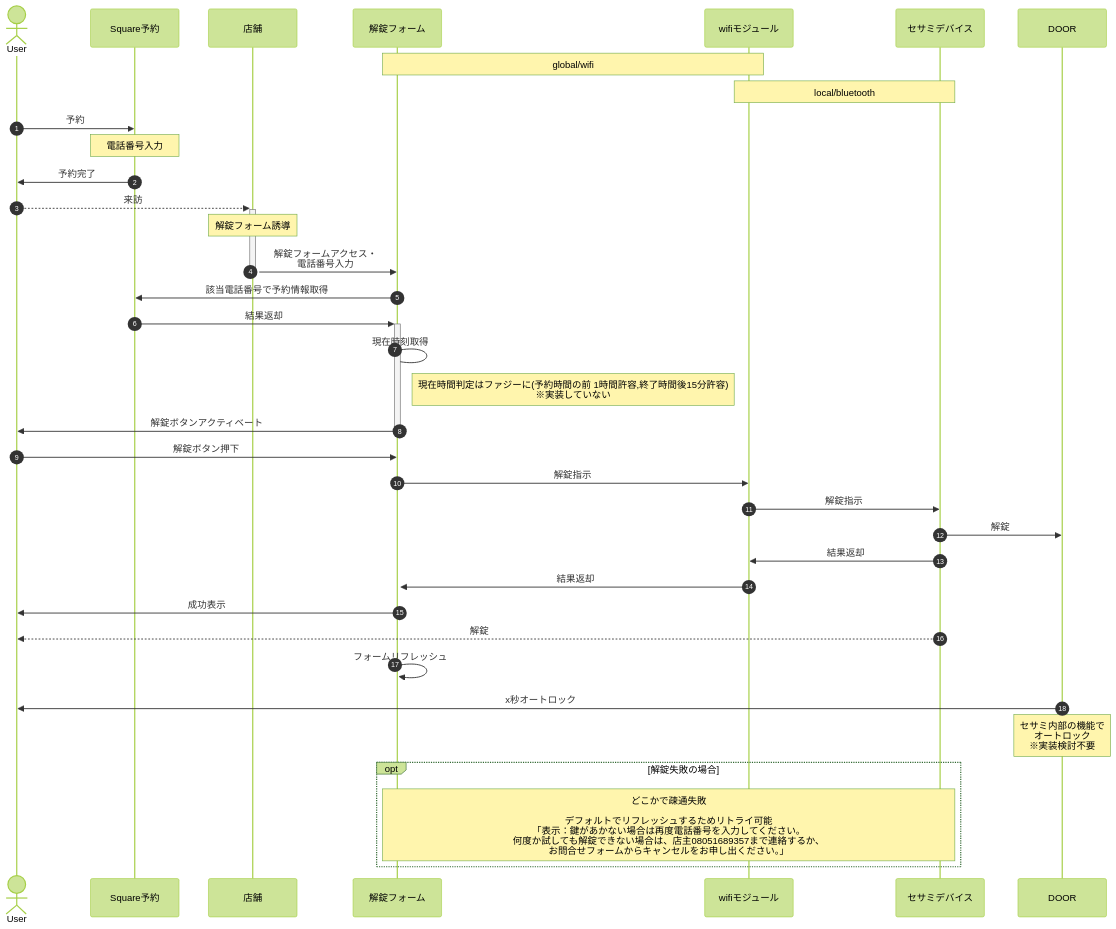
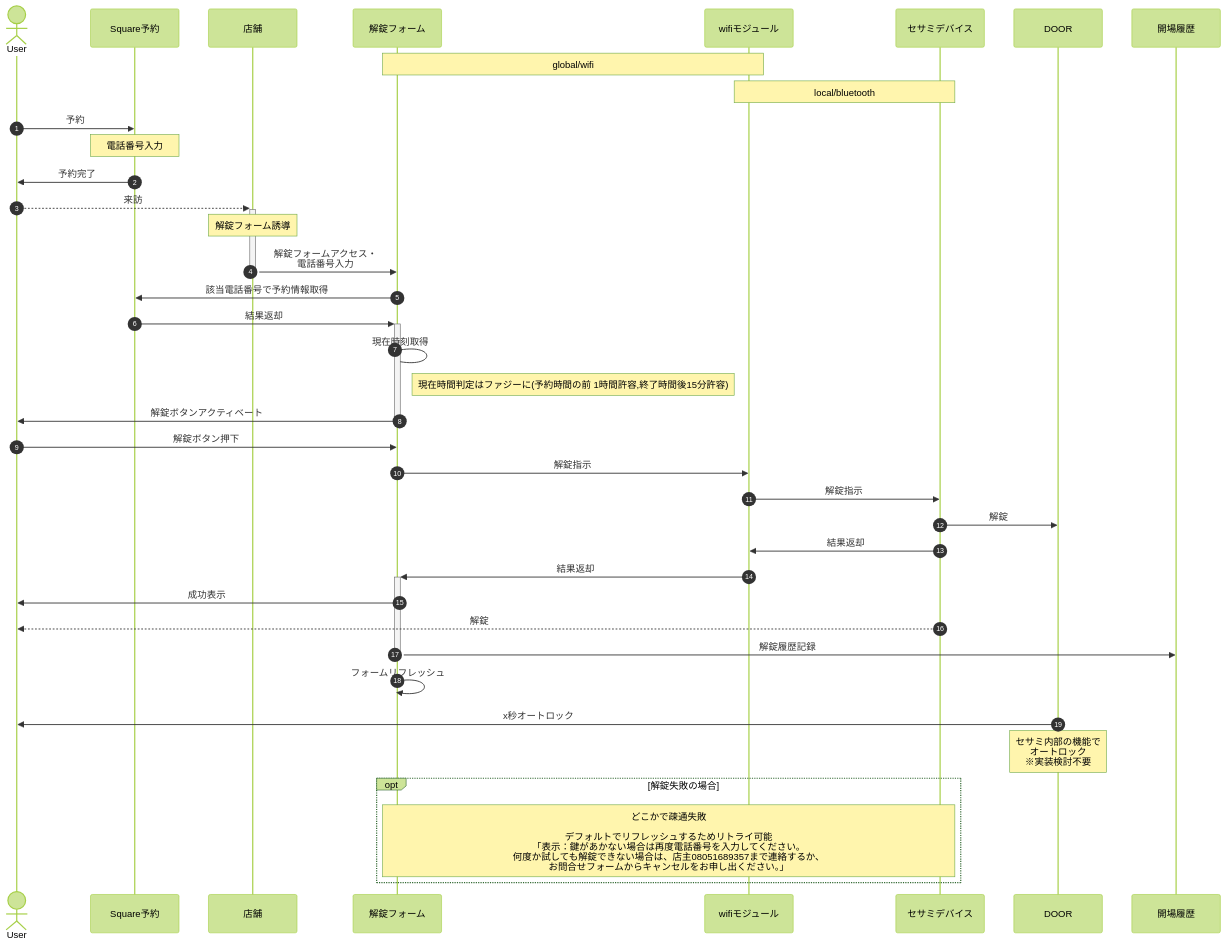
The second of 2 diagrams in README.md (shoshishosaiyusuke/denforsomeone_public), drawn with Mermaid (forest theme) before and after one commit. The commit also changed other lines of this file, not shown here.

Commit message:
修正版

````diff
--- a/README.md
+++ b/README.md
@@ -221,57 +221,57 @@
 ```mermaid
 sequenceDiagram
 autonumber
 actor u as User
 participant sqr as Square予約
 
 participant mer as 店舗
 participant sqi as 解錠フォーム
 
 participant nr as Wifiモジュール
 participant ses as セサミデバイス
 participant door as DOOR
-
+participant db as 開場履歴DB
 
 
 note over sqi,nr :global/wifi
 note over nr,ses :local/bluetooth
 
 u->>sqr: 予約
 note over sqr : 電話番号入力
 sqr->>u: 予約完了
 participant mer as 店舗
 participant sqi as 解錠フォーム
 
 participant nr as wifiモジュール
 participant ses as セサミデバイス
-
+participant db as 開場履歴
 
 u-->>+mer: 来訪
 note over mer : 解錠フォーム誘導
 mer->>-sqi : 解錠フォームアクセス・<br>電話番号入力
 sqi->>sqr : 該当電話番号で予約情報取得
 sqr->>+sqi : 結果返却
 sqi->sqi: 現在時刻取得
-note right of sqi : 現在時間判定はファジーに(予約時間の前 1時間許容,終了時間後15分許容)<br>※実装していない
+note right of sqi : 現在時間判定はファジーに(予約時間の前 1時間許容,終了時間後15分許容)
 sqi->>-u: 解錠ボタンアクティベート
 u->>sqi:解錠ボタン押下
 
 sqi->>nr: 解錠指示
 
 nr->>ses: 解錠指示
 
 ses->>door: 解錠
 
 ses->>nr: 結果返却
 nr->>+sqi: 結果返却
 sqi->>u : 成功表示
 ses-->>u : 解錠 #物理的に現場で鍵が開く
-
+sqi->>-db : 解錠履歴記録
 sqi->>sqi : フォームリフレッシュ
 
 door->>u : x秒オートロック
 note over door: セサミ内部の機能で<br>オートロック<br>※実装検討不要
 opt 解錠失敗の場合
 note over sqi ,ses : どこかで疎通失敗<br><br>デフォルトでリフレッシュするためリトライ可能<br>「表示：鍵があかない場合は再度電話番号を入力してください。<br>何度か試しても解錠できない場合は、店主08051689357まで連絡するか、<br>お問合せフォームからキャンセルをお申し出ください。」
 end
 ```
````
